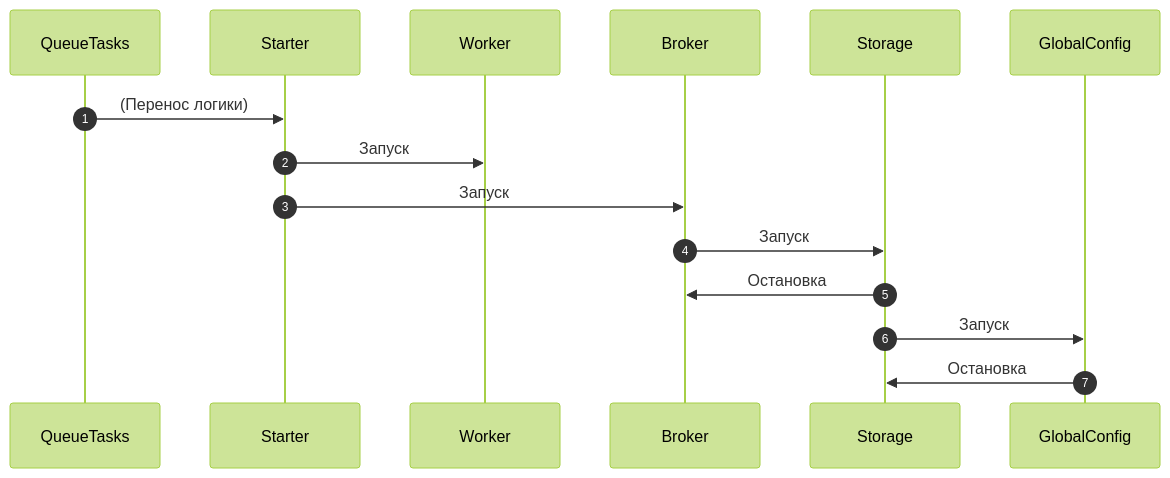
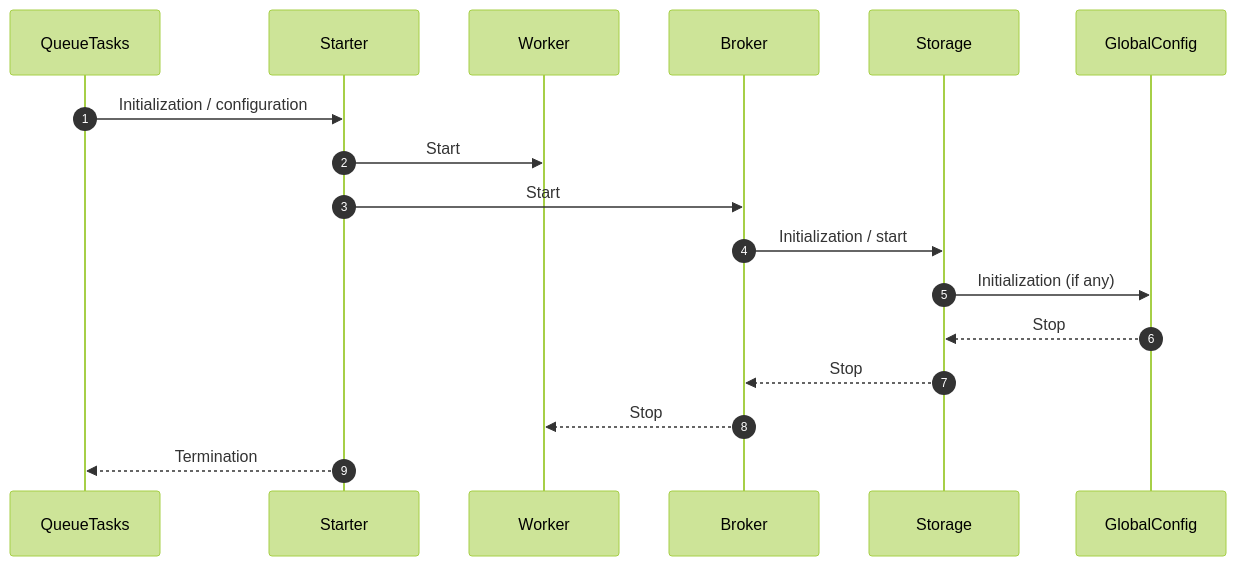
Before and after one commit to txello/qtasks: the first of 4 diagrams in docs/en/schemas.md, drawn with Mermaid (forest theme). The commit also changed other lines of this file and 49 other files, not shown here.

First line of the commit message:
feat(docs): Add comprehensive documentation for QTasks architecture and features

````diff
--- a/docs/en/schemas.md
+++ b/docs/en/schemas.md
@@ -5,17 +5,21 @@
-``` mermaid
+```mermaid
 sequenceDiagram
   autonumber
-  Participant QueueTasks
-  Participant Starter
-  Participant Worker
-  Participant Broker
-  Participant Storage
-  Participant GlobalConfig
-  QueueTasks->>Starter: (Перенос логики)
-  Starter->>Worker: Запуск
-  Starter->>Broker: Запуск
-  Broker->>Storage: Запуск
-  Storage->>Broker: Остановка
-  Storage->>GlobalConfig: Запуск
-  GlobalConfig->>Storage: Остановка
+  participant QueueTasks
+  participant Starter
+  participant Worker
+  participant Broker
+  participant Storage
+  participant GlobalConfig
+
+  QueueTasks->>Starter: Initialization / configuration
+  Starter->>Worker: Start
+  Starter->>Broker: Start
+  Broker->>Storage: Initialization / start
+  Storage->>GlobalConfig: Initialization (if any)
+
+  GlobalConfig-->>Storage: Stop
+  Storage-->>Broker: Stop
+  Broker-->>Worker: Stop
+  Starter-->>QueueTasks: Termination
 ```
````
